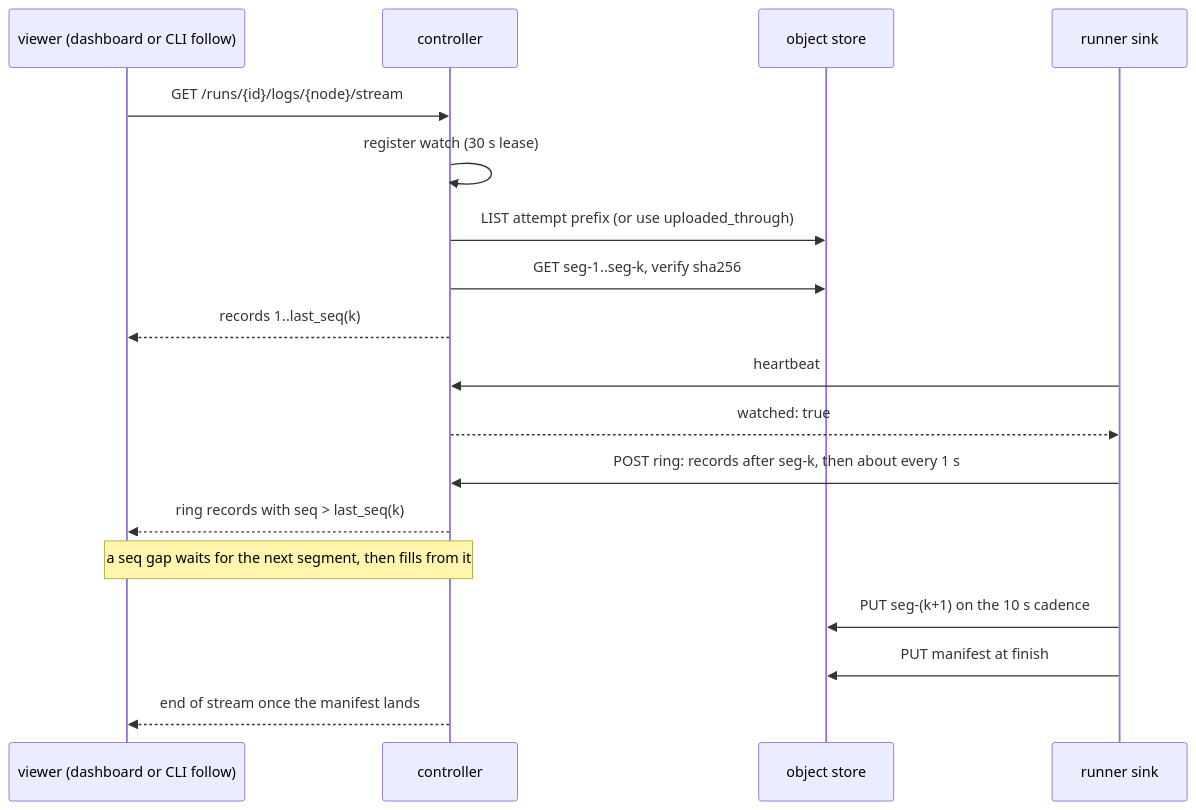
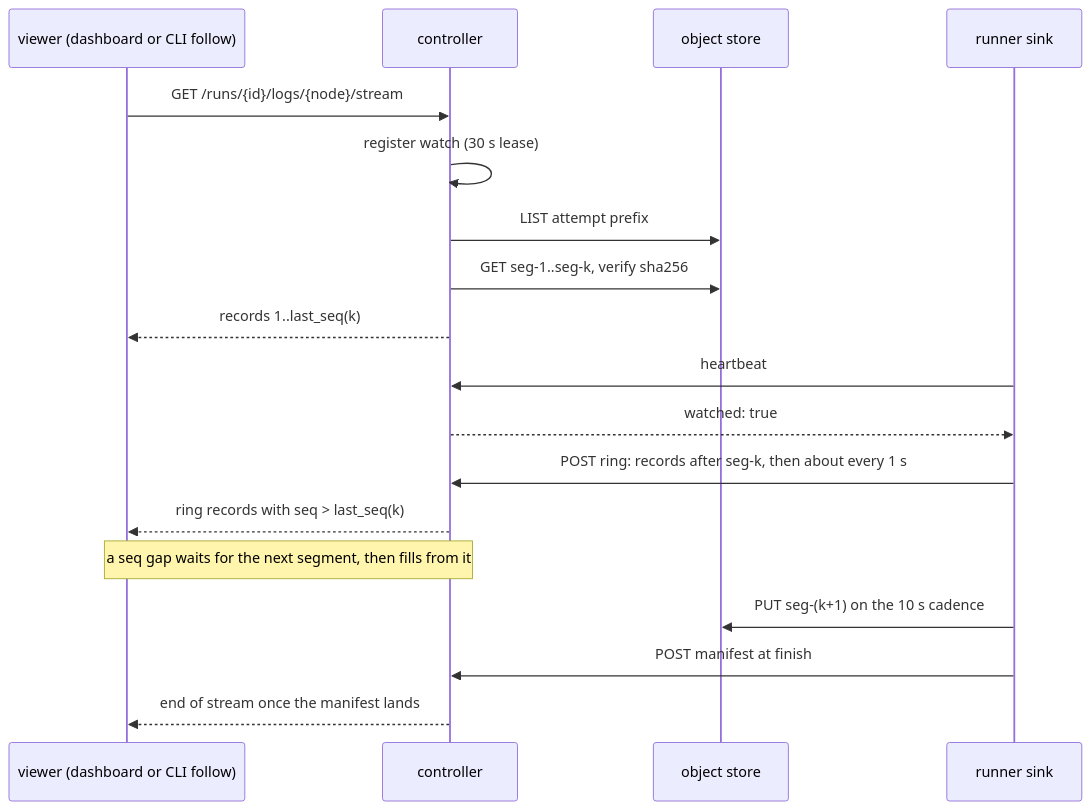
One commit to sparkwing-dev/sparkwing changed the third of 5 diagrams in design/logs-without-a-logs-service.md. Above: the diagram before and after it, drawn with Mermaid. The commit also changed other lines of this file, not shown here.

````diff
--- a/design/logs-without-a-logs-service.md
+++ b/design/logs-without-a-logs-service.md
@@ -354,20 +377,20 @@
 ```mermaid
 sequenceDiagram
   participant V as viewer (dashboard or CLI follow)
   participant C as controller
   participant O as object store
   participant R as runner sink
   V->>C: GET /runs/{id}/logs/{node}/stream
   C->>C: register watch (30 s lease)
-  C->>O: LIST attempt prefix (or use uploaded_through)
+  C->>O: LIST attempt prefix
   C->>O: GET seg-1..seg-k, verify sha256
   C-->>V: records 1..last_seq(k)
   R->>C: heartbeat
   C-->>R: watched: true
   R->>C: POST ring: records after seg-k, then about every 1 s
   C-->>V: ring records with seq > last_seq(k)
   Note over C,V: a seq gap waits for the next segment, then fills from it
   R->>O: PUT seg-(k+1) on the 10 s cadence
-  R->>O: PUT manifest at finish
+  R->>C: POST manifest at finish
   C-->>V: end of stream once the manifest lands
 ```
````
